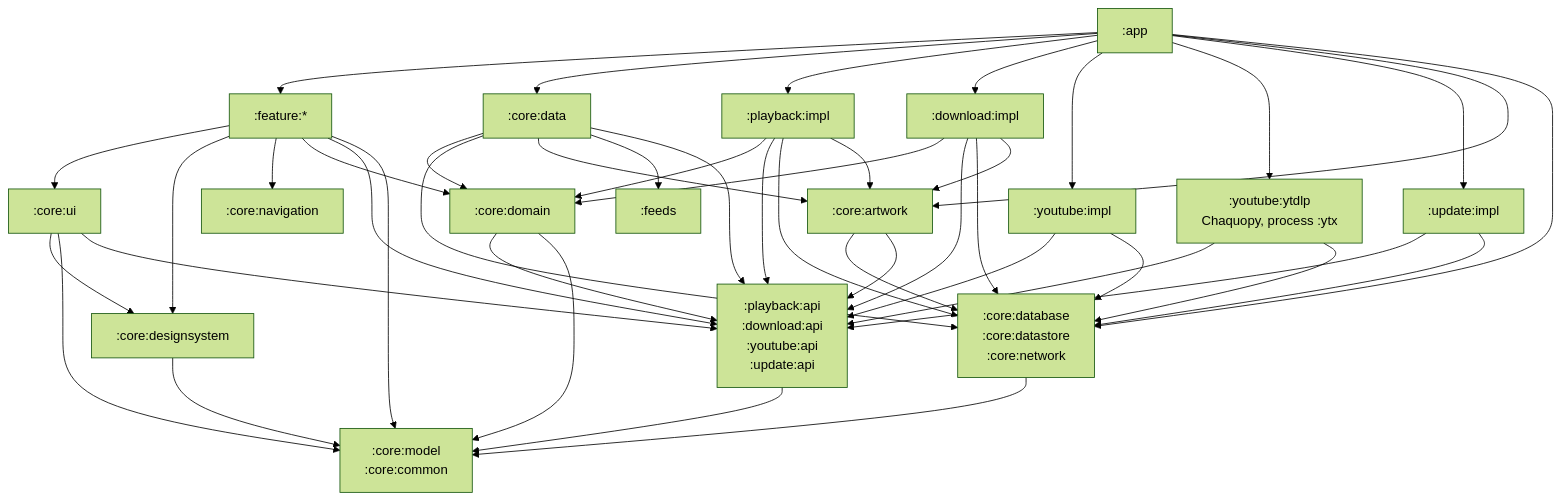
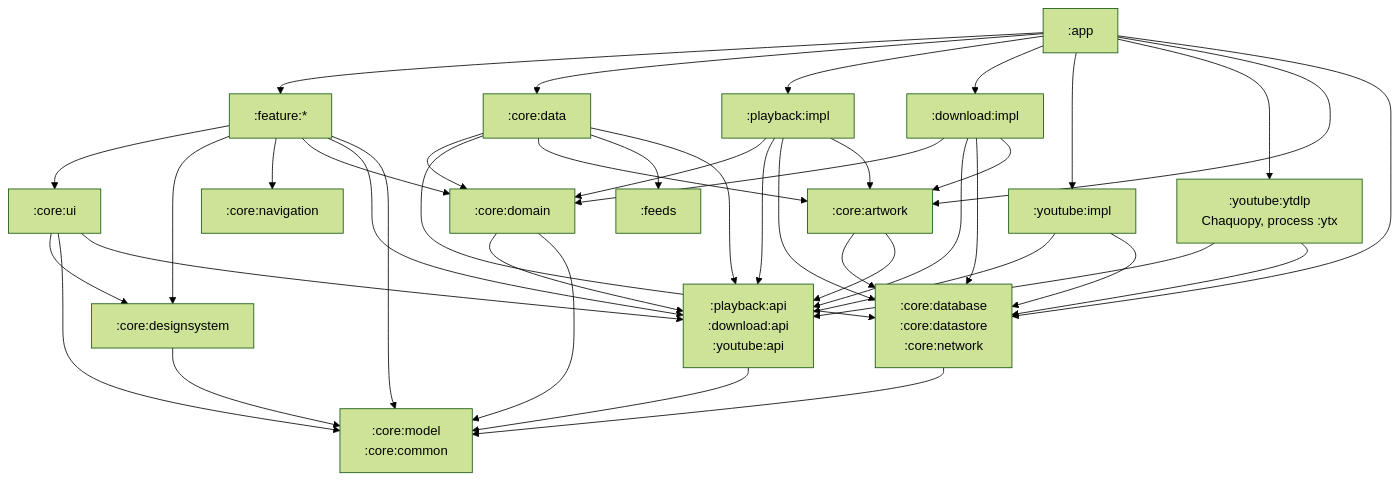
The first of 4 diagrams in docs/design/01-foundation.md (BigBoyDevBox/Neutrodyne), drawn with Mermaid (forest theme) before and after one commit. The commit also changed other lines of this file and 11 other files, not shown here.

````diff
--- a/docs/design/01-foundation.md
+++ b/docs/design/01-foundation.md
@@ -541,34 +542,32 @@
 ```mermaid
 flowchart TB
   app[":app"]
   feat[":feature:*"]
   ui[":core:ui"]
   ds[":core:designsystem"]
   nav[":core:navigation"]
   dom[":core:domain"]
-  apis[":playback:api<br/>:download:api<br/>:youtube:api<br/>:update:api"]
+  apis[":playback:api<br/>:download:api<br/>:youtube:api"]
   data[":core:data"]
   pimpl[":playback:impl"]
   dimpl[":download:impl"]
   yimpl[":youtube:impl"]
   yd[":youtube:ytdlp<br/>Chaquopy, process :ytx"]
-  upi[":update:impl"]
   art[":core:artwork"]
   infra[":core:database<br/>:core:datastore<br/>:core:network"]
   feeds[":feeds"]
   base[":core:model<br/>:core:common"]
-  app --> feat & data & pimpl & dimpl & yimpl & yd & upi & art & infra
+  app --> feat & data & pimpl & dimpl & yimpl & yd & art & infra
   feat --> ui & ds & nav & dom & apis & base
   ui --> ds & base & apis
   ds --> base
   dom --> apis & base
   apis --> base
   data --> dom & infra & art & feeds & apis
   pimpl --> dom & apis & infra & art
   dimpl --> dom & apis & infra & art
   yimpl --> apis & infra
   yd --> apis & infra
-  upi --> apis & infra
   art --> infra & apis
   infra --> base
 ```
````
